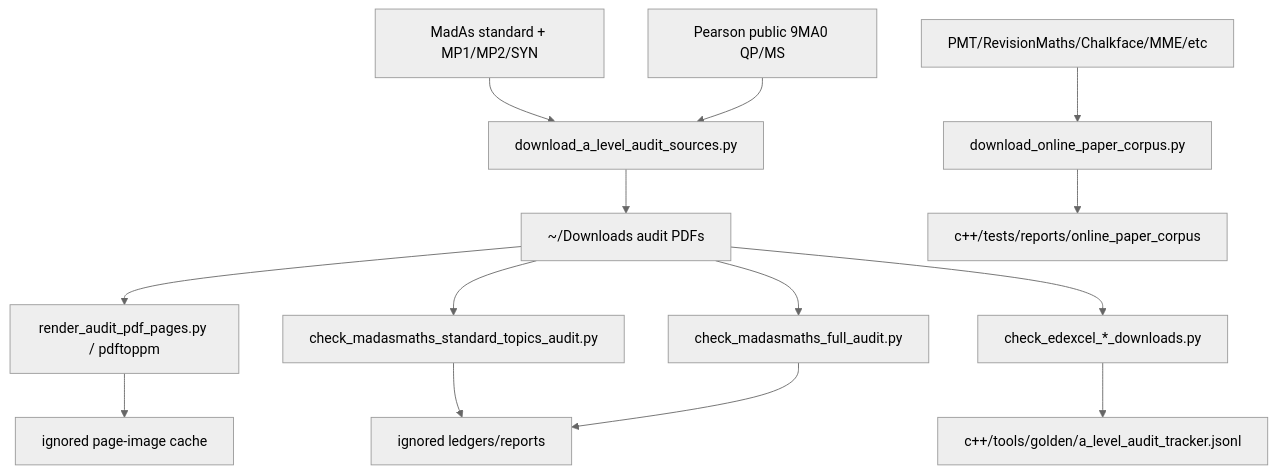
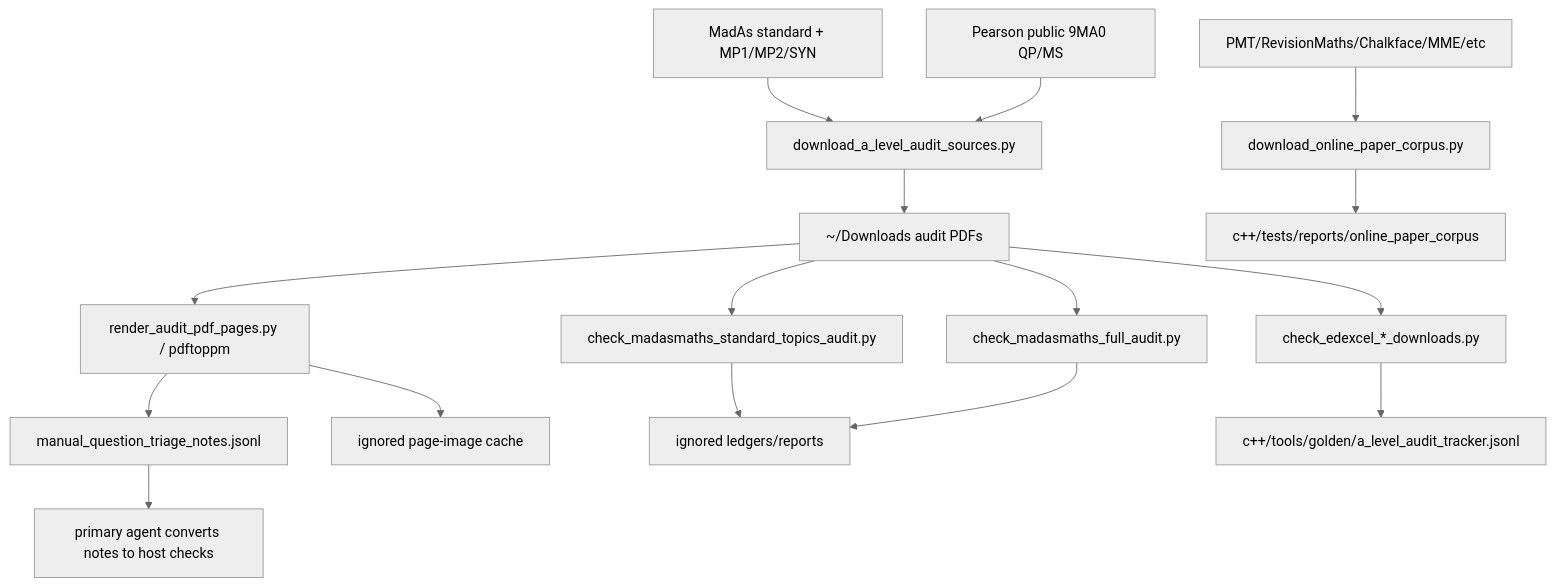
One commit to james8464/notes-addin-casio-fx-cg50 changed the eighth of 10 diagrams in c++/GRAPH.md. Above: the diagram before and after it, drawn with Mermaid (neutral theme). The commit also changed other lines of this file and 15 other files, not shown here.

````diff
--- a/c++/GRAPH.md
+++ b/c++/GRAPH.md
@@ -181,16 +181,18 @@
 ```mermaid
 graph TD
   Madas["MadAs standard + MP1/MP2/SYN"] --> DL1["download_a_level_audit_sources.py"]
   Pearson["Pearson public 9MA0 QP/MS"] --> DL1
   Online["PMT/RevisionMaths/Chalkface/MME/etc"] --> DL2["download_online_paper_corpus.py"]
   DL1 --> Downloads["~/Downloads audit PDFs"]
   DL2 --> Reports["c++/tests/reports/online_paper_corpus"]
   Downloads --> Render["render_audit_pdf_pages.py / pdftoppm"]
+  Render --> Triage["manual_question_triage_notes.jsonl"]
   Downloads --> Std["check_madasmaths_standard_topics_audit.py"]
   Downloads --> MP2["check_madasmaths_full_audit.py"]
   Downloads --> Edexcel["check_edexcel_*_downloads.py"]
   Render --> Images["ignored page-image cache"]
+  Triage --> Tests["primary agent converts notes to host checks"]
   Std --> Ledger["ignored ledgers/reports"]
   MP2 --> Ledger
   Edexcel --> Tracker["c++/tools/golden/a_level_audit_tracker.jsonl"]
 ```
````
